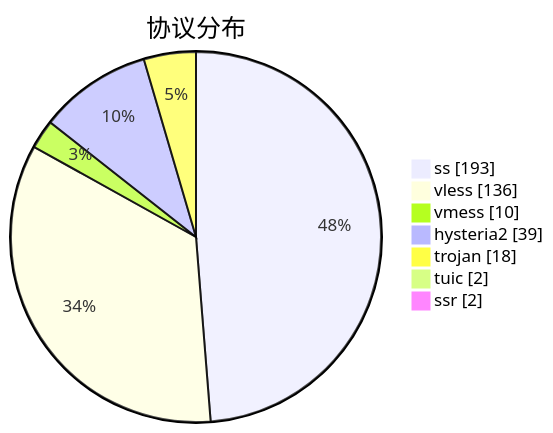
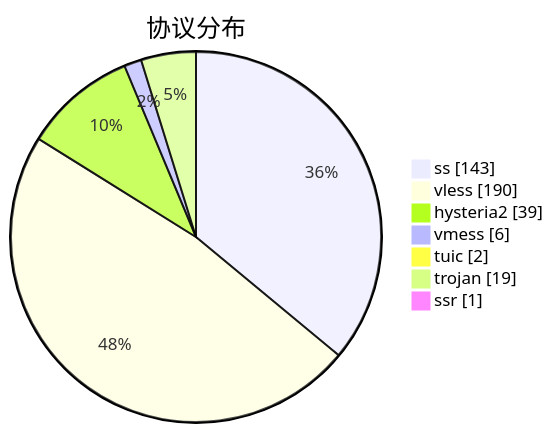
One commit to qjlxg/airport changed the third of 3 diagrams in subs/statistics/tested_within.md. Above: the diagram before and after it, drawn with Mermaid. The commit also changed other lines of this file and 2 other files, not shown here.

````diff
--- a/subs/statistics/tested_within.md
+++ b/subs/statistics/tested_within.md
@@ -37,11 +32,11 @@
 ```mermaid
 pie showData
 title 协议分布
-"ss" : 193
-"vless" : 136
-"vmess" : 10
+"ss" : 143
+"vless" : 190
 "hysteria2" : 39
-"trojan" : 18
+"vmess" : 6
 "tuic" : 2
-"ssr" : 2
+"trojan" : 19
+"ssr" : 1
 ```
````
